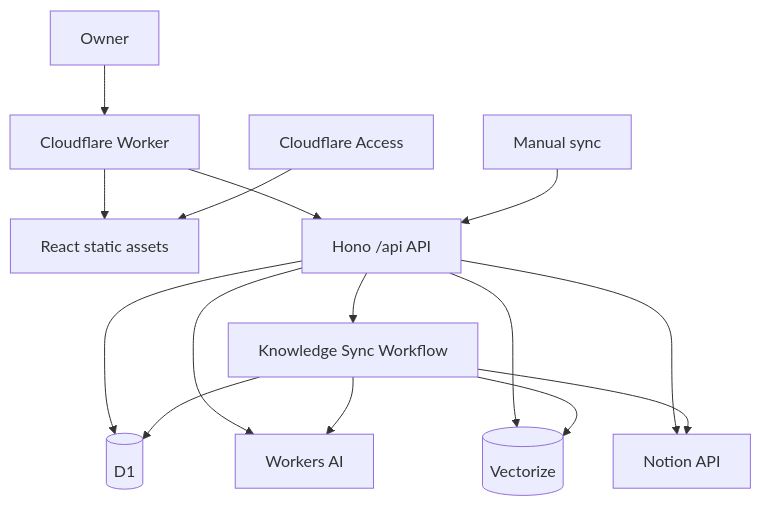
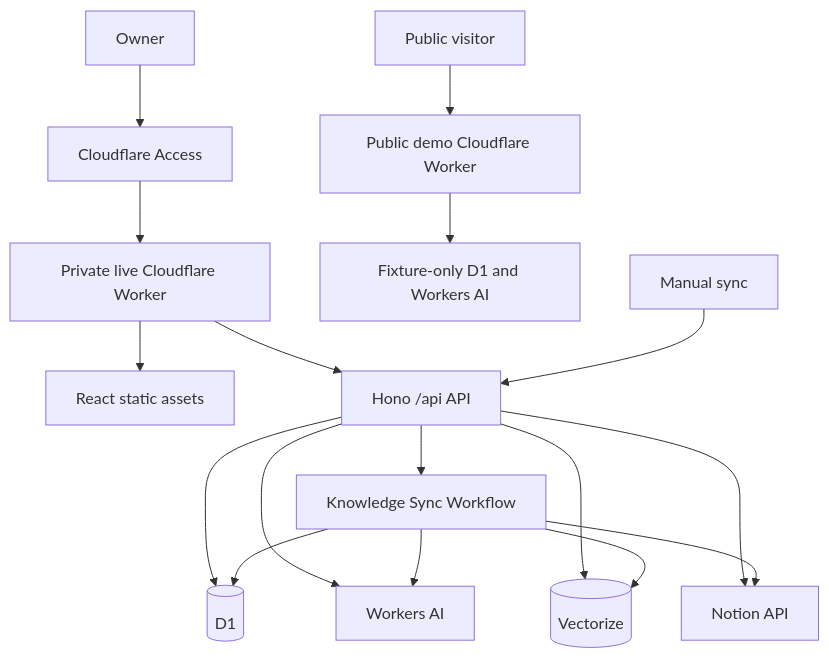
The first of 4 diagrams in PLAN.md (avomar/engineering-knowledge-gardner), drawn with Mermaid before and after one commit. The commit also changed other lines of this file and 40 other files, not shown here.

````diff
--- a/PLAN.md
+++ b/PLAN.md
@@ -61,20 +61,22 @@
 ```mermaid
 flowchart TD
-    U[Owner] --> W[Cloudflare Worker]
+    U[Owner] --> A[Cloudflare Access]
+    A --> W[Private live Cloudflare Worker]
+    PBU[Public visitor] --> DW[Public demo Cloudflare Worker]
+    DW --> DF[Fixture-only D1 and Workers AI]
     W --> P[React static assets]
     W --> API[Hono /api API]
 
     API --> DB[(D1)]
     API --> AI[Workers AI]
     API --> V[(Vectorize)]
     API --> N[Notion API]
 
     S[Manual sync] --> API
     API --> WF[Knowledge Sync Workflow]
     WF --> N
     WF --> AI
     WF --> DB
     WF --> V
 
-    A[Cloudflare Access] --> P
 ```
````
